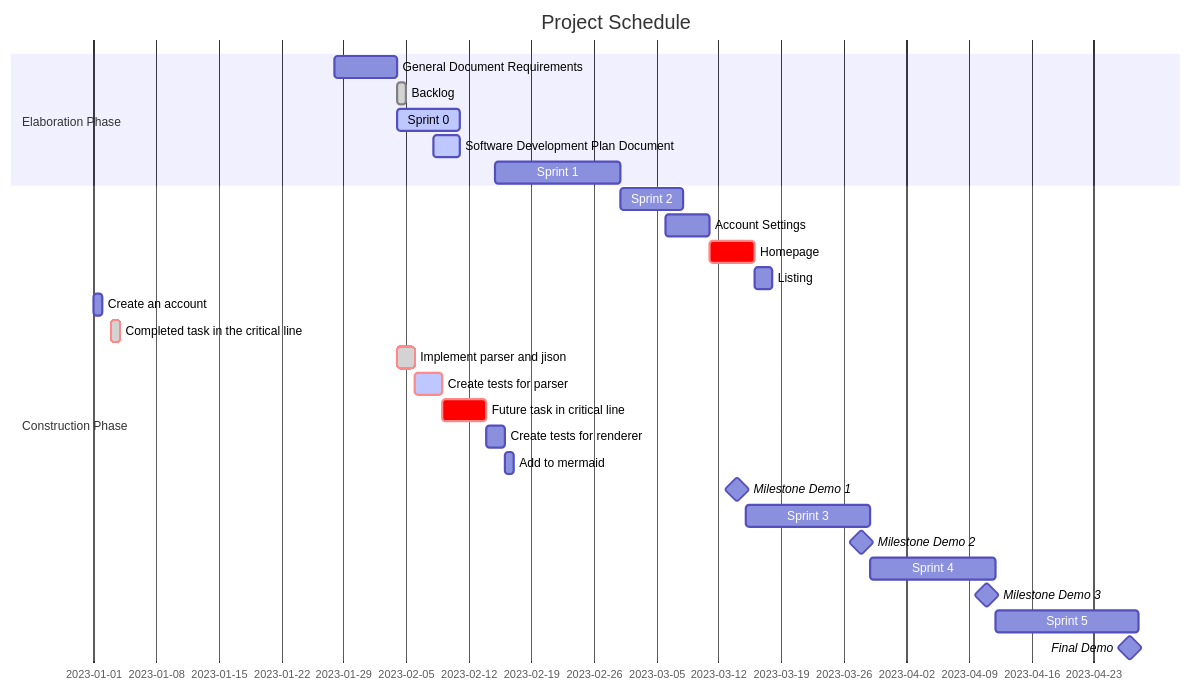
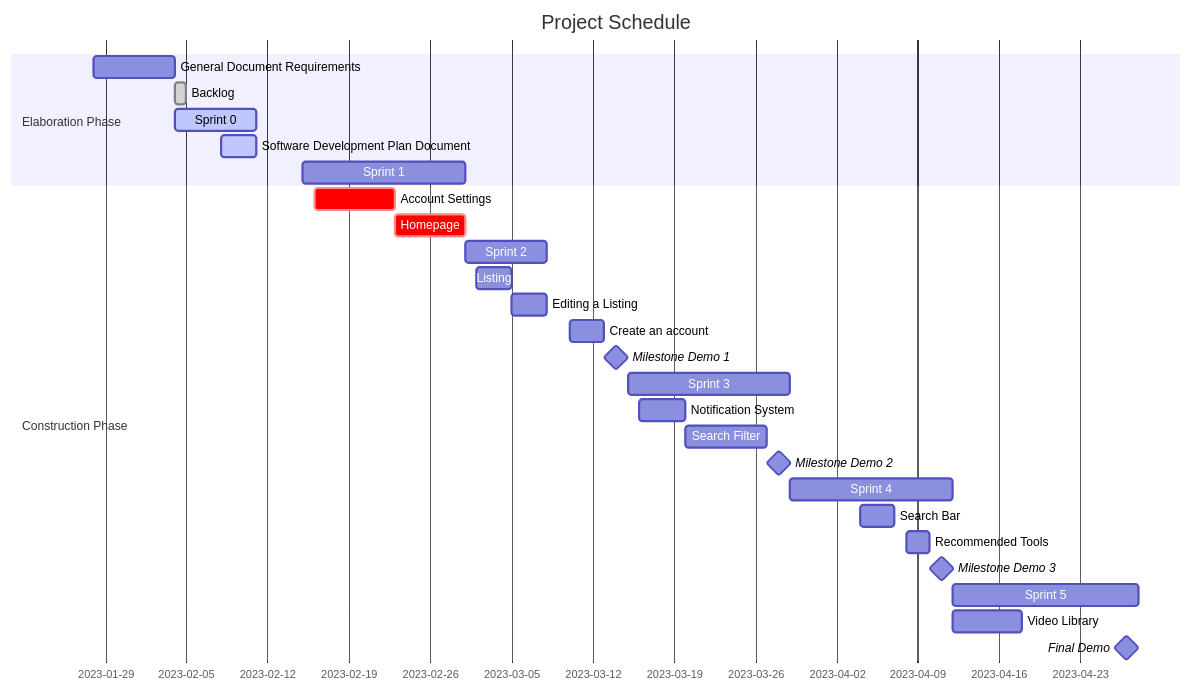
One commit to Capstone-Projects-2023-Spring/project-tool-shed changed the diagram in documentation/docs/development-plan/schedule.md. Above: the diagram before and after it, drawn with Mermaid.

````diff
--- a/documentation/docs/development-plan/schedule.md
+++ b/documentation/docs/development-plan/schedule.md
@@ -7,40 +7,36 @@
 ```mermaid
 gantt
     dateFormat  YYYY-MM-DD
     title       Project Schedule
 
     section Elaboration Phase
     General Document Requirements: des1, 2023-01-28, 1w
     Backlog                   :    done, after des1, 1d
     Sprint 0                  :    active, des2, after des1, 1w
        Software Development Plan Document   : active, 2023-02-08, 3d
     Sprint 1                  :             , 2023-02-15, 2w
     
 
     section Construction Phase
-    Sprint 2               :             , 2023-03-01, 1w
-    Account Settings            :         des5, 2023-03-06, 5d
-    Homepage                    :crit,  des6, after des5, 5d
-    Listing                     :         des7, after des6, 2d
-    Create an account           :         , 2023, 1d
-    
-    
-    
-    
-    
-    Completed task in the critical line :crit, done, 2023-1-03, 24h
-    Implement parser and jison          :crit, done, after des1, 2d
-    Create tests for parser             :crit, active, 3d
-    Future task in critical line        :crit, 5d
-    Create tests for renderer           :2d
-    Add to mermaid                      :1d
-
+    Account Settings            :crit,  des5, 2023-02-16, 7d
+    Homepage                    :crit,  des6, after des5, 6d
+    Sprint 2                    :             , 2023-03-01, 1w
+        Listing                     :         des7, 2023-03-02, 3d
+        Editing a Listing           :         des8, after des7, 3d
+        Create an account           :         , 2023-03-10, 3d
+  
    Milestone Demo 1                     :milestone, 2023-03-14, 0d
    Sprint 3                             :    , 2023-03-15, 2w
+        Notification System          :   , 2023-03-16, 4d
+        Search Filter                :   , 2023-03-20, 7d
    Milestone Demo 2                     :milestone, 2023-03-28, 0d
    Sprint 4                             :    , 2023-03-29, 2w
+        Search Bar                  :         , 2023-04-04, 3d
+        Recommended Tools            :        , 2023-04-08, 2d
    Milestone Demo 3                     :milestone, 2023-04-11, 0d
    Sprint 5                             :    , 2023-04-12, 16d
+        Video Library                        :    , 2023-04-12, 6d
+ 
    Final Demo                           :milestone, 2023-04-27, 0d
    
 ```
````
